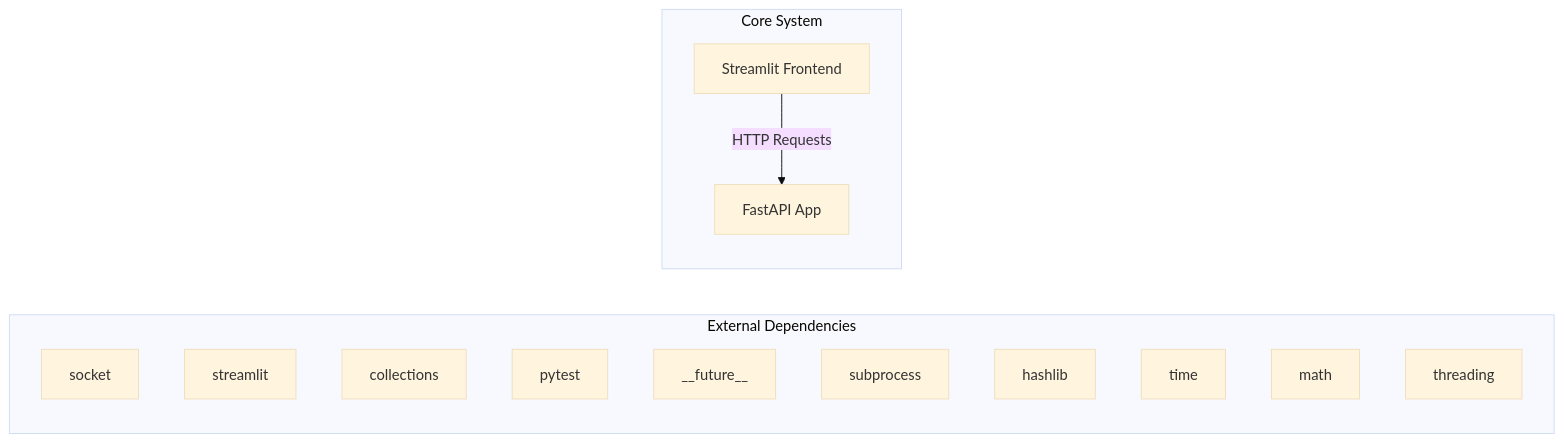
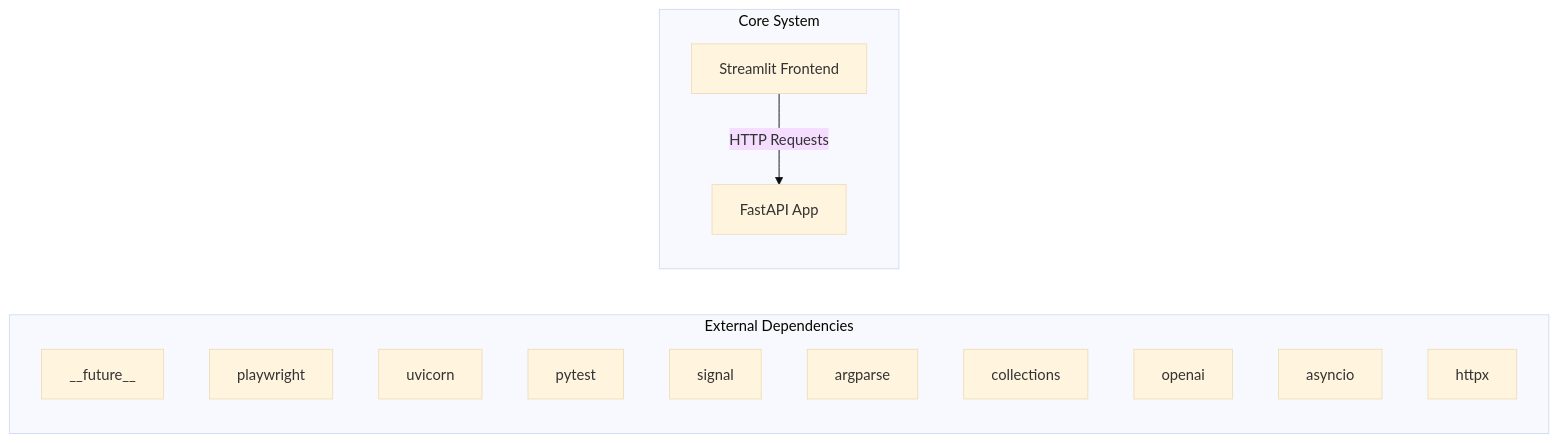
One commit to NITISH-R-G/rag-context-optimizer changed the first of 2 diagrams in docs/architecture.md. Above: the diagram before and after it, drawn with Mermaid (base theme). The commit also changed 1 other file, not shown here.

Commit message:
docs: auto-update repository knowledge, architecture diagrams, and documentation

````diff
--- a/docs/architecture.md
+++ b/docs/architecture.md
@@ -7,20 +7,20 @@
 ```mermaid
 graph LR
     subgraph External Dependencies
-        E0["socket"]
-        E1["streamlit"]
-        E2["collections"]
+        E0["__future__"]
+        E1["playwright"]
+        E2["uvicorn"]
         E3["pytest"]
-        E4["__future__"]
-        E5["subprocess"]
-        E6["hashlib"]
-        E7["time"]
-        E8["math"]
-        E9["threading"]
+        E4["signal"]
+        E5["argparse"]
+        E6["collections"]
+        E7["openai"]
+        E8["asyncio"]
+        E9["httpx"]
     end
     subgraph Core System
         API["FastAPI App"]
         UI["Streamlit Frontend"]
     end
     UI -->|HTTP Requests| API
 ```
````
